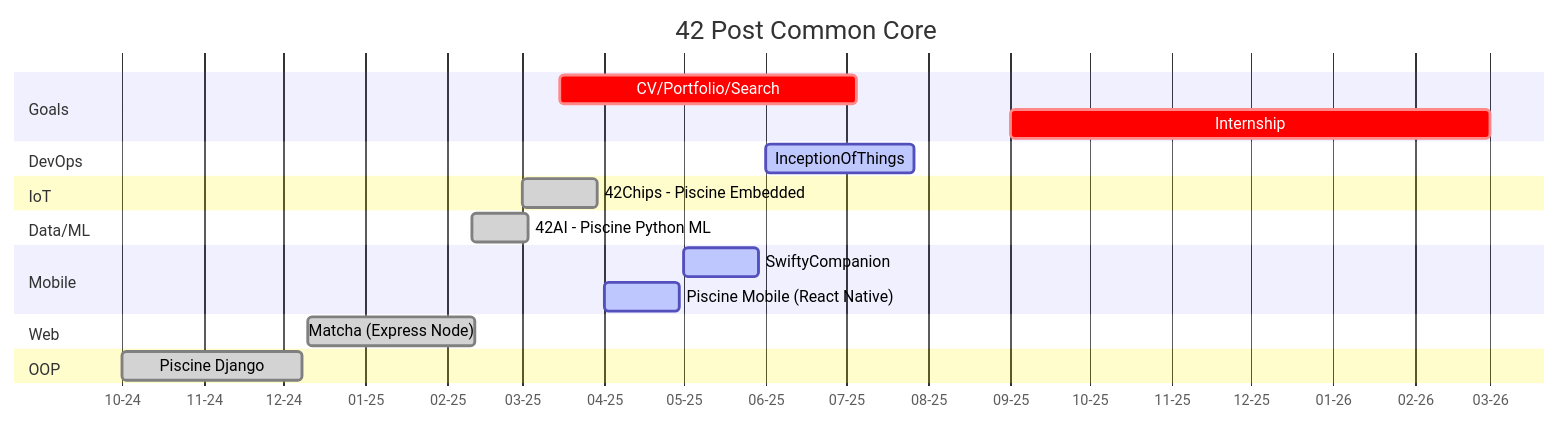
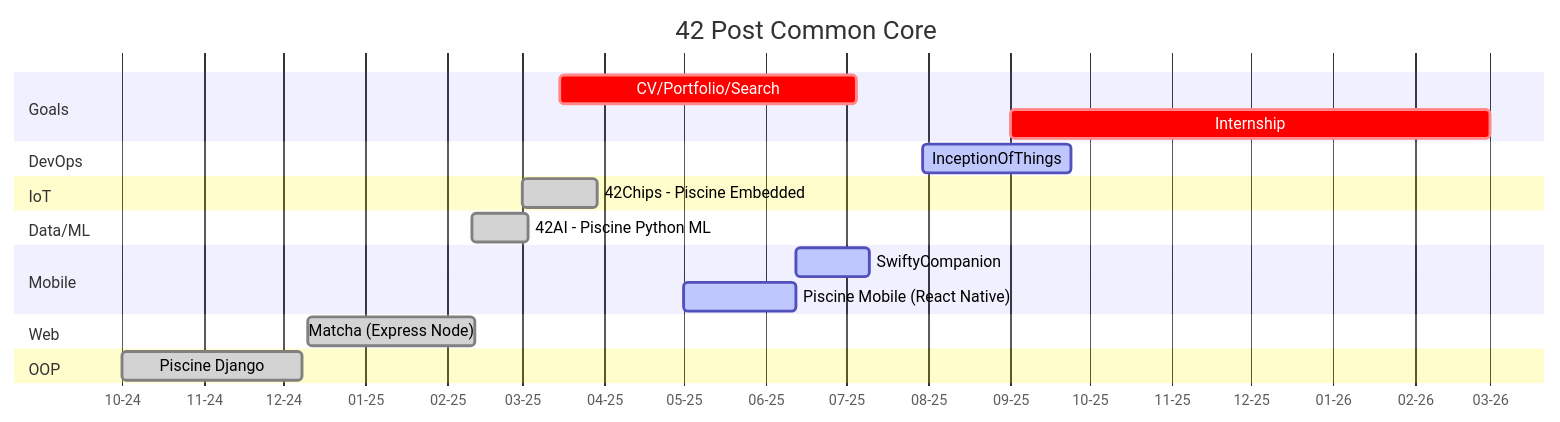
Before and after one commit to Tablerase/42_Projects: the first of 3 diagrams in README.md, drawn with Mermaid. The commit also changed other lines of this file and 1 other file, not shown here.

Commit message:
refactor: update to timeline and git infos

````diff
--- a/README.md
+++ b/README.md
@@ -114,30 +118,30 @@
 ```mermaid
 gantt
     title 42 Post Common Core
     dateFormat  YYYY-MM-DD
     axisFormat %m-%y
     todayMarker on
 
     section Goals
     CV/Portfolio/Search : crit, 2025-03-15, 16w
     Internship : crit, 2025-09-01, 2026-03-01
 
     section DevOps
-    InceptionOfThings : active, 2025-06-01, 8w
+    InceptionOfThings : active, 2025-07-30, 8w
 
     Section IoT
     42Chips - Piscine Embedded : done, 2025-03-01, 4w
 
     Section Data/ML
     42AI - Piscine Python ML : done, 2025-02-10, 3w
 
     section Mobile
-    SwiftyCompanion : active, 2025-05-01, 4w
-    Piscine Mobile (React Native) : active, 2025-04-01, 4w
+    SwiftyCompanion : active, 2025-06-12, 4w
+    Piscine Mobile (React Native) : active, 2025-05, 6w
 
     section Web
     Matcha (Express Node) : done, 2024-12-10, 9w
 
     section OOP
     Piscine Django : done, 2024-10-01, 2024-12-08
 ```
````
